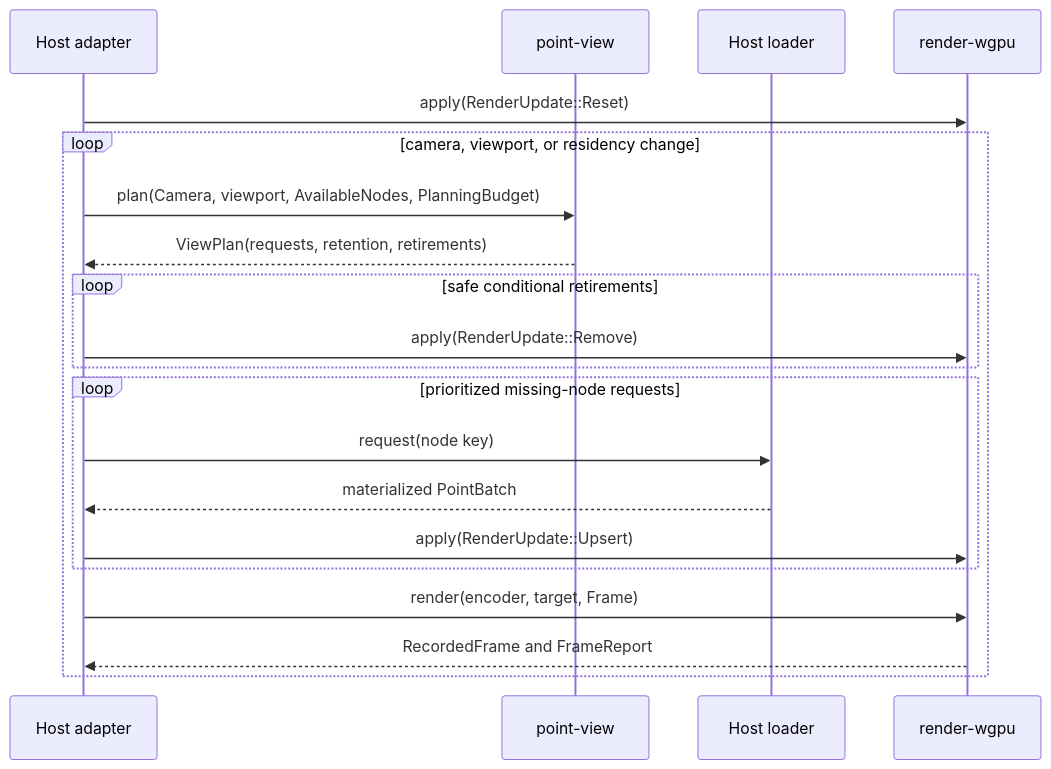
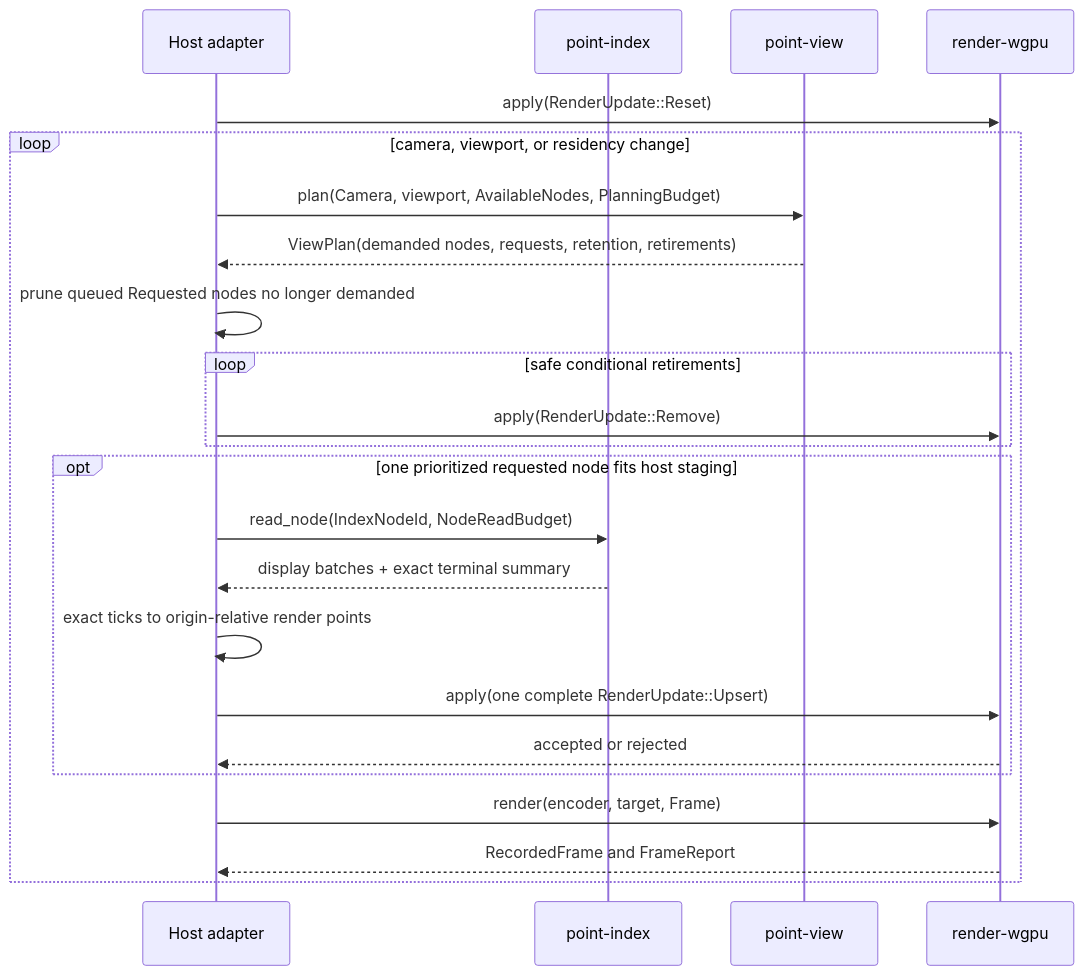
One commit to xxibcill/punctra changed the fourth of 8 diagrams in docs/architecture/workflows.md. Above: the diagram before and after it, drawn with Mermaid. The commit also changed other lines of this file and 35 other files, not shown here.

Commit message:
Complete v0.4 out-of-core view

```diff
--- a/docs/architecture/workflows.md
+++ b/docs/architecture/workflows.md
@@ -140,27 +152,31 @@
 ~~~mermaid
 sequenceDiagram
     participant HOST as Host adapter
+    participant IDX as point-index
     participant VIEW as point-view
-    participant LOAD as Host loader
     participant GPU as render-wgpu
 
     HOST->>GPU: apply(RenderUpdate::Reset)
 
     loop camera, viewport, or residency change
         HOST->>VIEW: plan(Camera, viewport, AvailableNodes, PlanningBudget)
-        VIEW-->>HOST: ViewPlan(requests, retention, retirements)
+        VIEW-->>HOST: ViewPlan(demanded nodes, requests, retention, retirements)
+
+        HOST->>HOST: prune queued Requested nodes no longer demanded
 
         loop safe conditional retirements
             HOST->>GPU: apply(RenderUpdate::Remove)
         end
 
-        loop prioritized missing-node requests
-            HOST->>LOAD: request(node key)
-            LOAD-->>HOST: materialized PointBatch
-            HOST->>GPU: apply(RenderUpdate::Upsert)
+        opt one prioritized requested node fits host staging
+            HOST->>IDX: read_node(IndexNodeId, NodeReadBudget)
+            IDX-->>HOST: display batches + exact terminal summary
+            HOST->>HOST: exact ticks to origin-relative render points
+            HOST->>GPU: apply(one complete RenderUpdate::Upsert)
+            GPU-->>HOST: accepted or rejected
         end
 
         HOST->>GPU: render(encoder, target, Frame)
         GPU-->>HOST: RecordedFrame and FrameReport
     end
 ~~~
```
